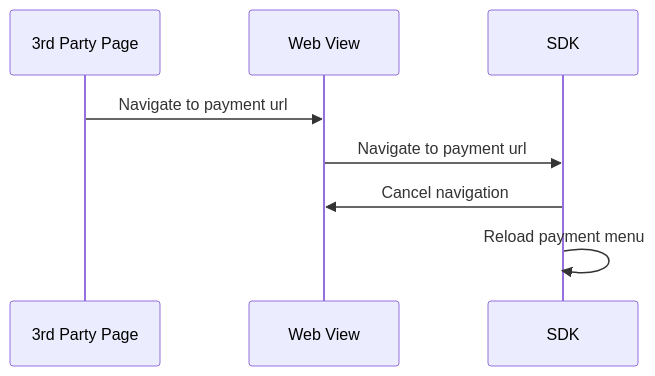
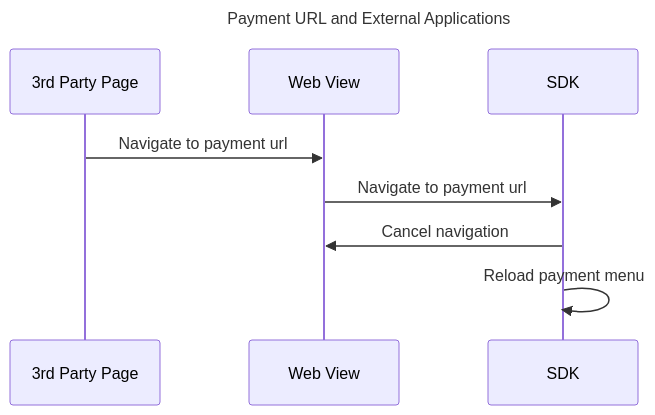
The third of 6 diagrams in checkout-v3/modules-sdks/mobile-sdk/ios.md (SwedbankPay/developer.swedbankpay.com), drawn with Mermaid before and after one commit. The commit also changed other lines of this file and 66 other files, not shown here.

Commit message:
Added titles in sequence diagrams

````diff
--- a/checkout-v3/modules-sdks/mobile-sdk/ios.md
+++ b/checkout-v3/modules-sdks/mobile-sdk/ios.md
@@ -450,11 +452,12 @@
 ```mermaid
 sequenceDiagram
+title: Payment URL and External Applications
     participant Page as 3rd Party Page
     participant Web as Web View
     participant SDK
 
     Page ->> Web: Navigate to payment url
     Web ->> SDK: Navigate to payment url
     SDK ->> Web: Cancel navigation
     SDK ->> SDK: Reload payment menu
 ```
````
